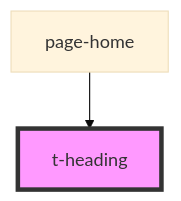
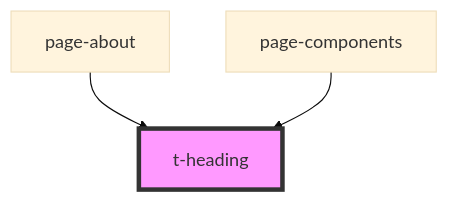
The diagram in packages/stencil/src/components/t-heading/readme.md (TomasEng/web-components), drawn with Mermaid (base theme) before and after one commit. The commit also changed other lines of this file and 37 other files, not shown here.

````diff
--- a/packages/stencil/src/components/t-heading/readme.md
+++ b/packages/stencil/src/components/t-heading/readme.md
@@ -22,5 +23,6 @@
 ```mermaid
 graph TD;
-  page-home --> t-heading
+  page-about --> t-heading
+  page-components --> t-heading
   style t-heading fill:#f9f,stroke:#333,stroke-width:4px
 ```
````
